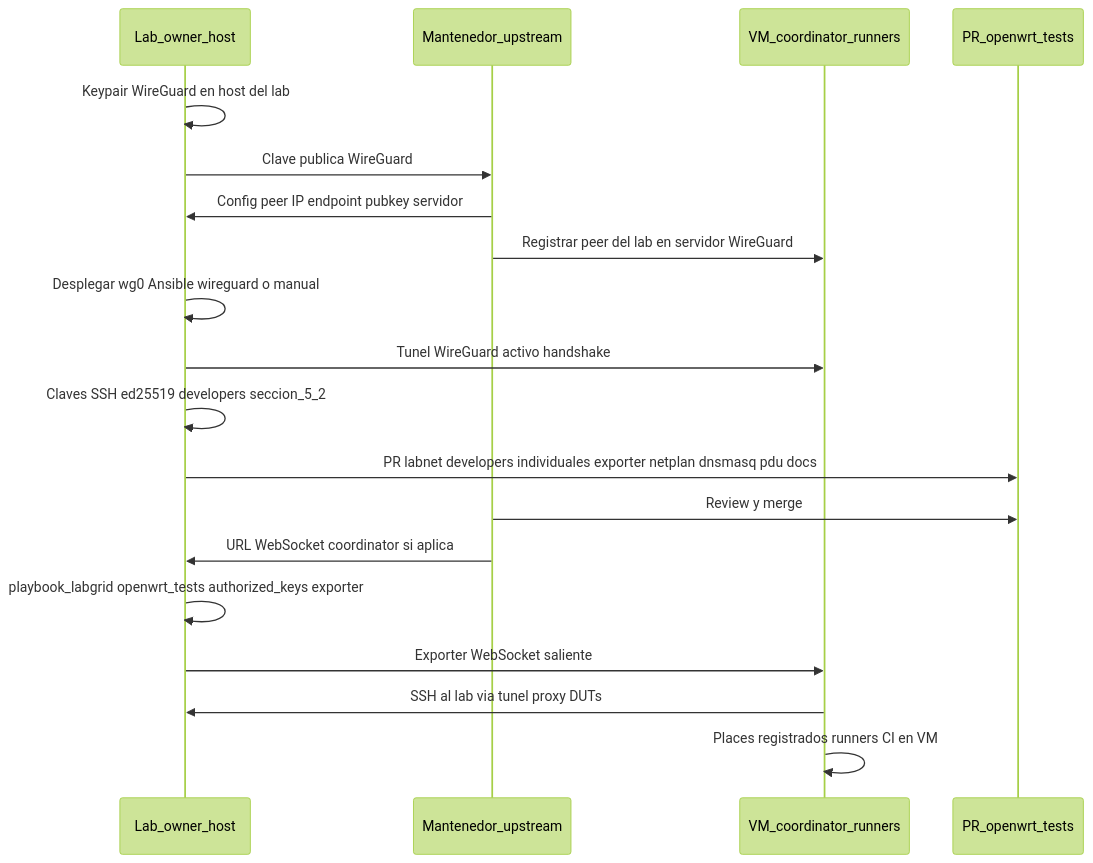
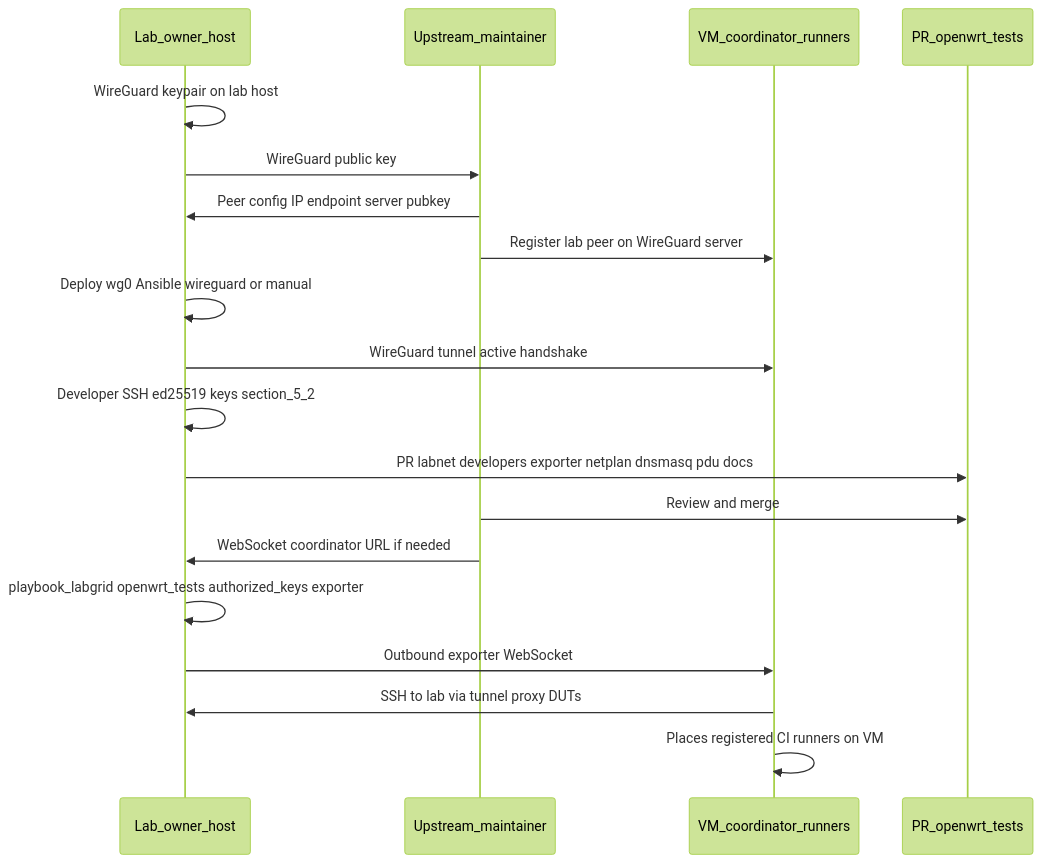
One commit to ccasanueva7/fcefyn_testbed_utils changed the second of 2 diagrams in docs/diseno/openwrt-tests-onboarding.md. Above: the diagram before and after it, drawn with Mermaid (forest theme). The commit also changed other lines of this file and 23 other files, not shown here.

````diff
--- a/docs/diseno/openwrt-tests-onboarding.md
+++ b/docs/diseno/openwrt-tests-onboarding.md
@@ -168,22 +169,22 @@
 ```mermaid
 sequenceDiagram
     participant Lab as Lab_owner_host
-    participant Maint as Mantenedor_upstream
+    participant Maint as Upstream_maintainer
     participant DC as VM_coordinator_runners
     participant PR as PR_openwrt_tests
 
-    Lab->>Lab: Keypair WireGuard en host del lab
-    Lab->>Maint: Clave publica WireGuard
-    Maint->>Lab: Config peer IP endpoint pubkey servidor
-    Maint->>DC: Registrar peer del lab en servidor WireGuard
-    Lab->>Lab: Desplegar wg0 Ansible wireguard o manual
-    Lab->>DC: Tunel WireGuard activo handshake
-    Lab->>Lab: Claves SSH ed25519 developers seccion_5_2
-    Lab->>PR: PR labnet developers individuales exporter netplan dnsmasq pdu docs
-    Maint->>PR: Review y merge
-    Maint->>Lab: URL WebSocket coordinator si aplica
+    Lab->>Lab: WireGuard keypair on lab host
+    Lab->>Maint: WireGuard public key
+    Maint->>Lab: Peer config IP endpoint server pubkey
+    Maint->>DC: Register lab peer on WireGuard server
+    Lab->>Lab: Deploy wg0 Ansible wireguard or manual
+    Lab->>DC: WireGuard tunnel active handshake
+    Lab->>Lab: Developer SSH ed25519 keys section_5_2
+    Lab->>PR: PR labnet developers exporter netplan dnsmasq pdu docs
+    Maint->>PR: Review and merge
+    Maint->>Lab: WebSocket coordinator URL if needed
     Lab->>Lab: playbook_labgrid openwrt_tests authorized_keys exporter
-    Lab->>DC: Exporter WebSocket saliente
-    DC->>Lab: SSH al lab via tunel proxy DUTs
-    DC->>DC: Places registrados runners CI en VM
+    Lab->>DC: Outbound exporter WebSocket
+    DC->>Lab: SSH to lab via tunnel proxy DUTs
+    DC->>DC: Places registered CI runners on VM
 ```
````
